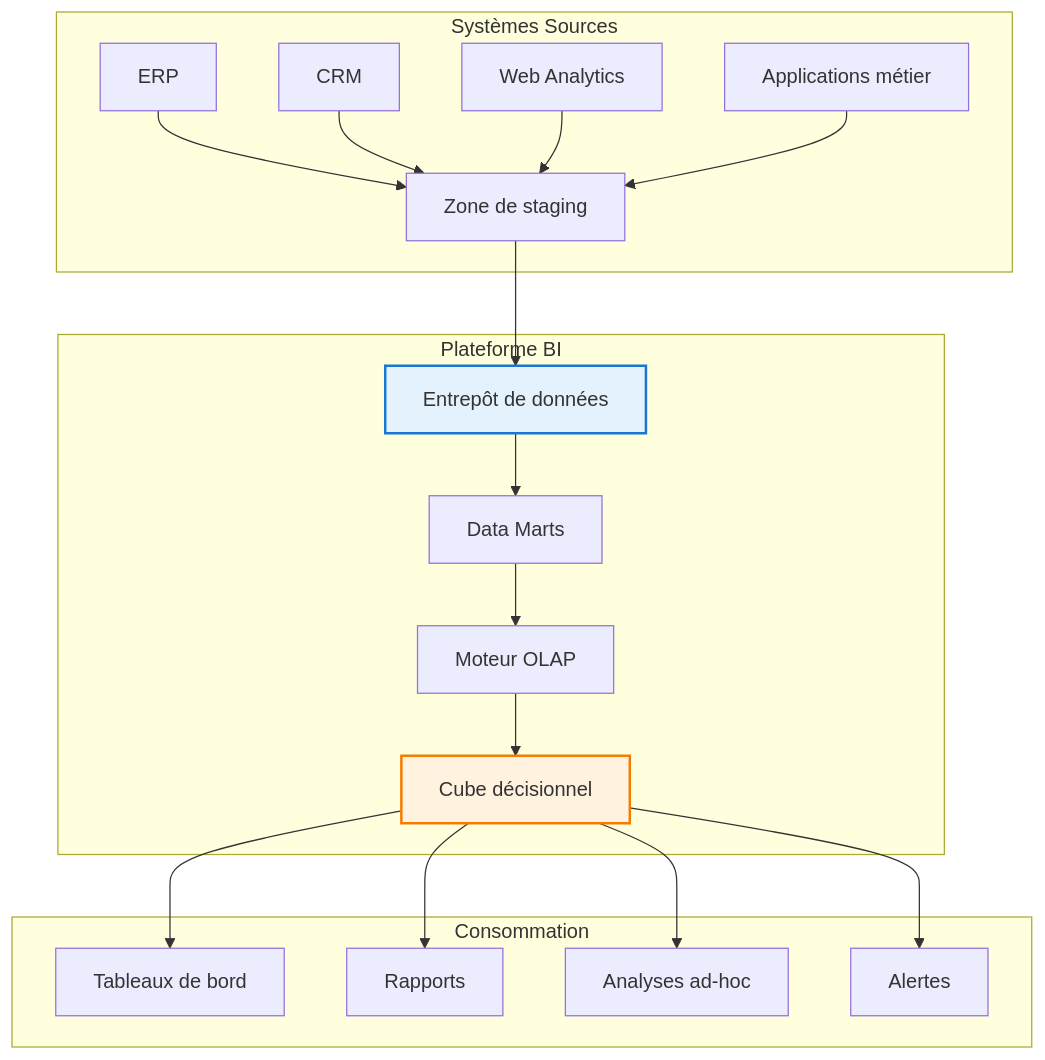
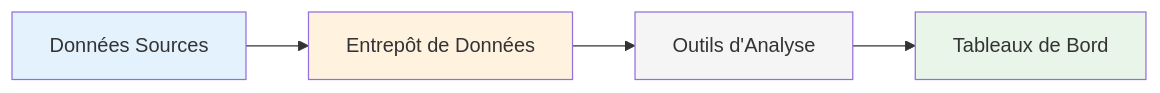
The diagram in cours/chapitre-A-bi-intro/README.md (msellamiTN/data-multimodeling), drawn with Mermaid before and after one commit. The commit also changed other lines of this file, not shown here.

Commit message:
simplify chapitre-A-bi-intro to beginner-friendly content with practical examples, visual diagrams, and step-by-step exercises replacing academic frameworks and advanced SQL queries

````diff
--- a/cours/chapitre-A-bi-intro/README.md
+++ b/cours/chapitre-A-bi-intro/README.md
@@ -36,26 +35,11 @@
 ```mermaid
-graph TB
-    subgraph "Systèmes Sources"
-        A[ERP] --> E[Zone de staging]
-        B[CRM] --> E
-        C[Web Analytics] --> E
-        D[Applications métier] --> E
-    end
+graph LR
+    A[Données Sources] --> B[Entrepôt de Données]
+    B --> C[Outils d'Analyse]
+    C --> D[Tableaux de Bord]
     
-    subgraph "Plateforme BI"
-        E --> F[Entrepôt de données]
-        F --> G[Data Marts]
-        G --> H[Moteur OLAP]
-        H --> I[Cube décisionnel]
-    end
-    
-    subgraph "Consommation"
-        I --> J[Tableaux de bord]
-        I --> K[Rapports]
-        I --> L[Analyses ad-hoc]
-        I --> M[Alertes]
-    end
-    
-    style F fill:#e3f2fd,stroke:#1976d2,stroke-width:2px
-    style I fill:#fff3e0,stroke:#f57c00,stroke-width:2px
+    style A fill:#e3f2fd
+    style B fill:#fff3e0
+    style C fill:#f5f5f5
+    style D fill:#e8f5e8
 ```
````
